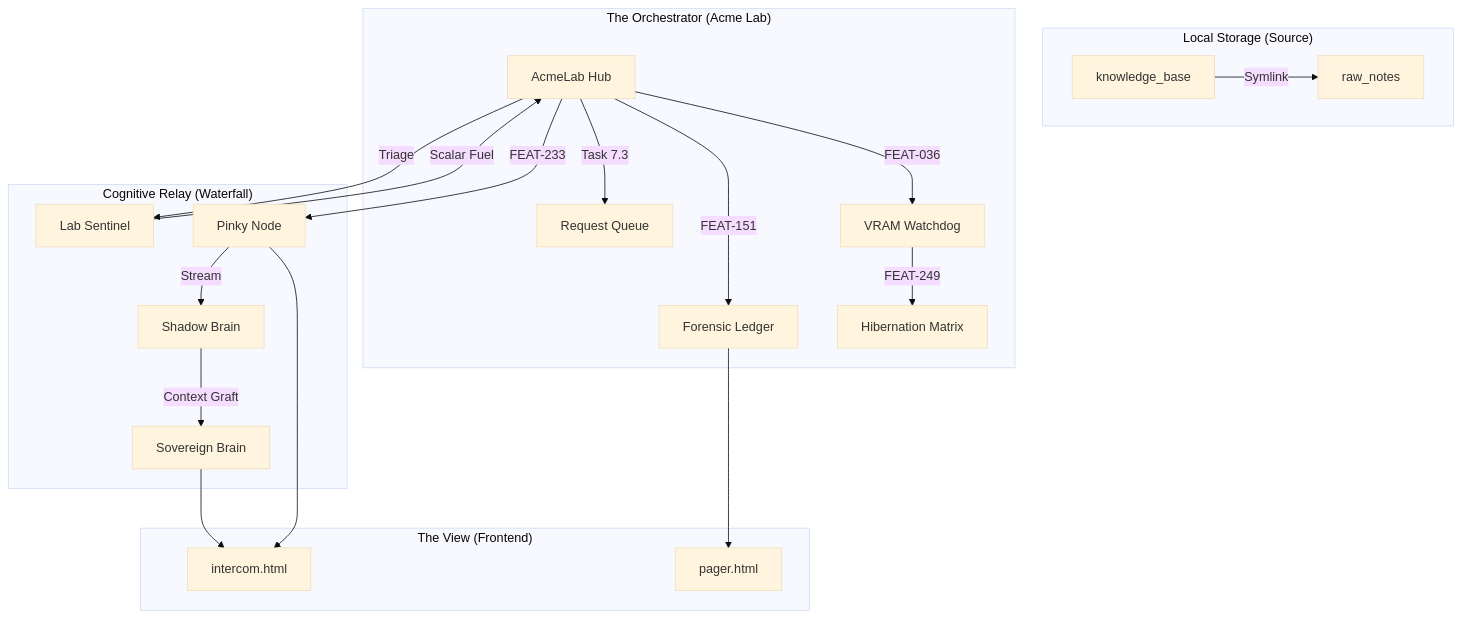
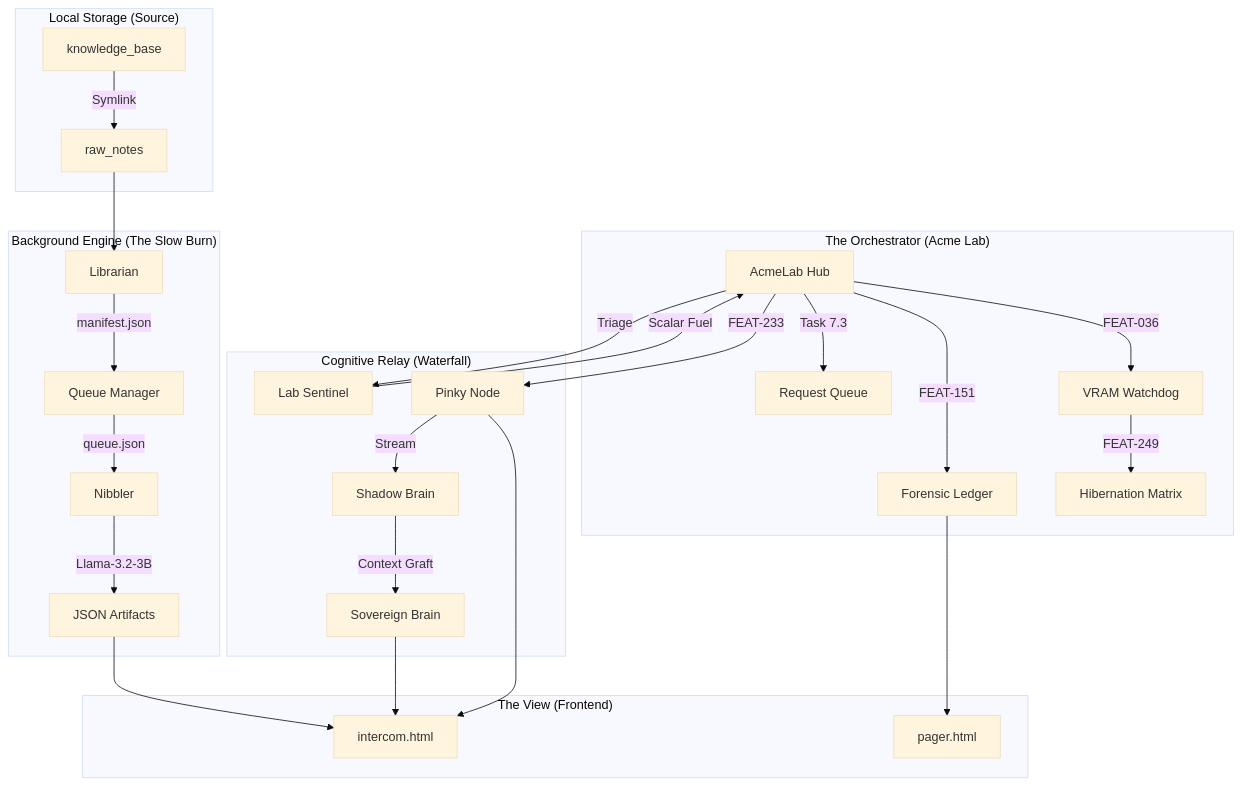
The first of 2 diagrams in FIELD_NOTES_ARCHITECTURE.md (kEnder242/Portfolio_Dev), drawn with Mermaid (base theme) before and after one commit. The commit also changed other lines of this file and 3 other files, not shown here.

````diff
--- a/FIELD_NOTES_ARCHITECTURE.md
+++ b/FIELD_NOTES_ARCHITECTURE.md
@@ -7,27 +7,35 @@
 ```mermaid
 graph TD
     subgraph "Local Storage (Source)"
         A[knowledge_base] -->|Symlink| B[raw_notes]
+    end
+
+    subgraph "Background Engine (The Slow Burn)"
+        B --> C[Librarian]
+        C -->|manifest.json| D[Queue Manager]
+        D -->|queue.json| E[Nibbler]
+        E -->|Llama-3.2-3B| F[JSON Artifacts]
     end
 
     subgraph "The Orchestrator (Acme Lab)"
         H[AcmeLab Hub] -->|Task 7.3| Q[Request Queue]
         H -->|FEAT-151| FL[Forensic Ledger]
         H -->|FEAT-036| WD[VRAM Watchdog]
         WD -->|FEAT-249| HM[Hibernation Matrix]
     end
 
     subgraph "Cognitive Relay (Waterfall)"
         H -->|Triage| L[Lab Sentinel]
         L -->|Scalar Fuel| H
         H -->|FEAT-233| P[Pinky Node]
         P -->|Stream| S[Shadow Brain]
         S -->|Context Graft| SB[Sovereign Brain]
     end
 
     subgraph "The View (Frontend)"
-        SB --> IC[intercom.html]
+        F --> IC[intercom.html]
+        SB --> IC
         P --> IC
         FL --> PG[pager.html]
     end
 ```
````
